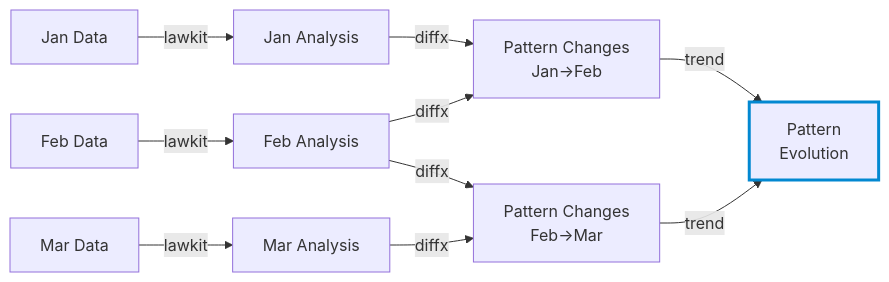
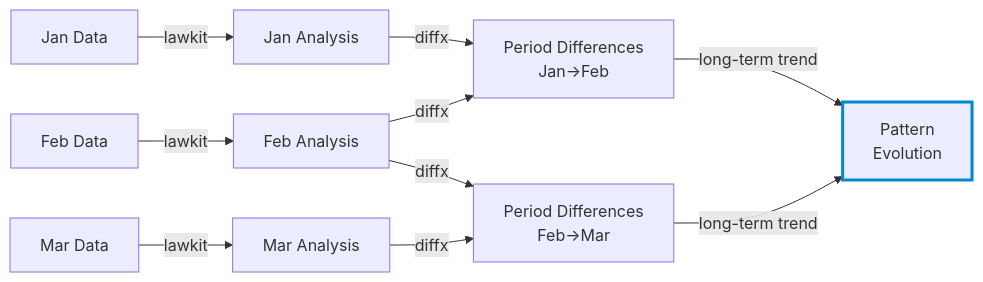
The third of 3 diagrams in README.md (kako-jun/lawkit), drawn with Mermaid before and after one commit. The commit also changed other lines of this file and 2 other files, not shown here.

````diff
--- a/README.md
+++ b/README.md
@@ -378,16 +378,16 @@
 ```mermaid
 graph LR
     A[Jan Data] -->|lawkit| B[Jan Analysis]
     C[Feb Data] -->|lawkit| D[Feb Analysis]
     E[Mar Data] -->|lawkit| F[Mar Analysis]
     
-    B -->|diffx| G[Pattern Changes<br/>Jan→Feb]
+    B -->|diffx| G[Period Differences<br/>Jan→Feb]
     D -->|diffx| G
-    D -->|diffx| H[Pattern Changes<br/>Feb→Mar]
+    D -->|diffx| H[Period Differences<br/>Feb→Mar]
     F -->|diffx| H
     
-    G -->|trend| I[Pattern<br/>Evolution]
-    H -->|trend| I
+    G -->|long-term trend| I[Pattern<br/>Evolution]
+    H -->|long-term trend| I
     
     style I stroke:#0288d1,stroke-width:3px
 ```
````
